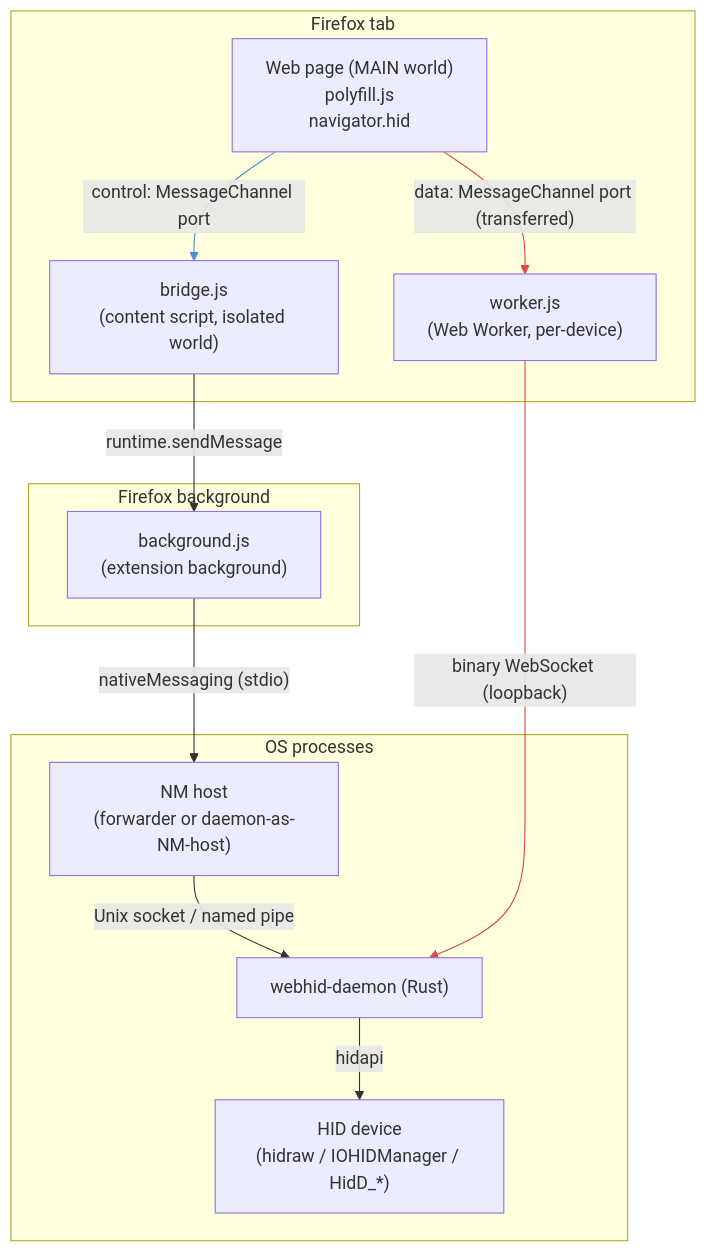
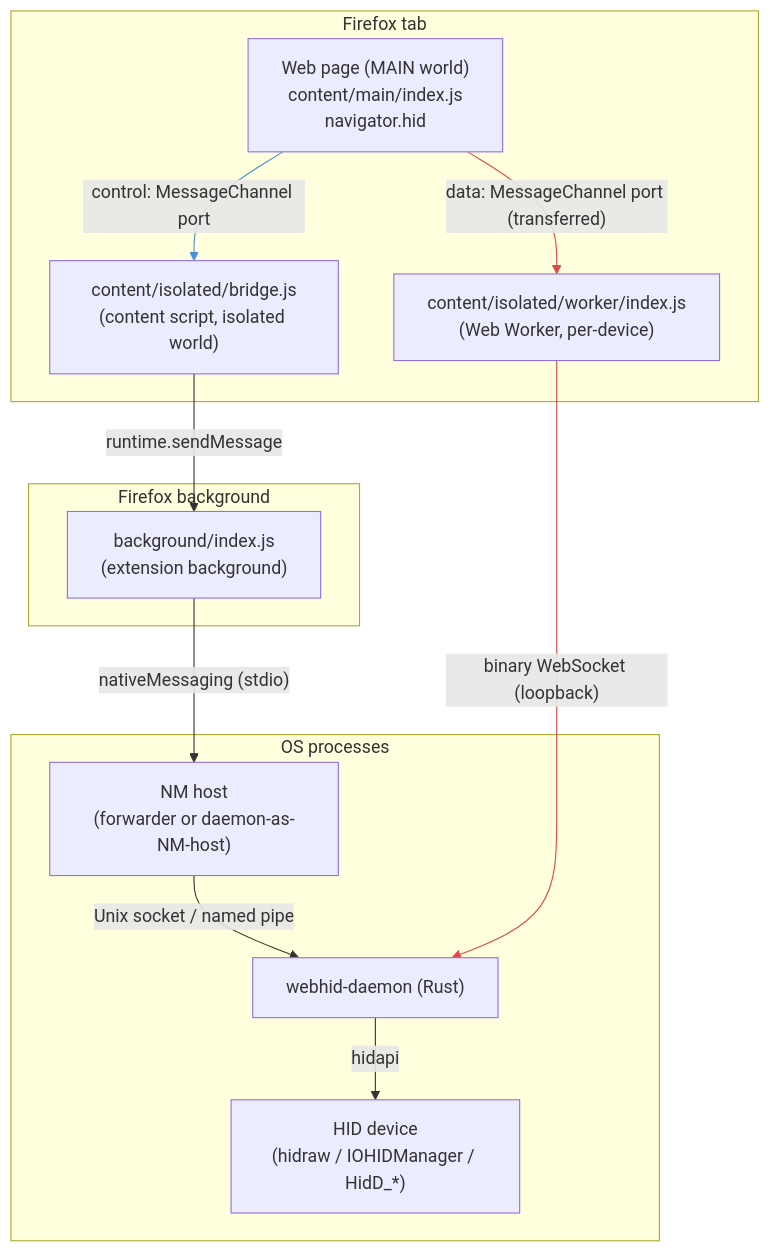
The first of 9 diagrams in docs/ARCHITECTURE.md (K4zoku/FF-WebHID), drawn with Mermaid before and after one commit. The commit also changed other lines of this file and 3 other files, not shown here.

````diff
--- a/docs/ARCHITECTURE.md
+++ b/docs/ARCHITECTURE.md
@@ -5,30 +5,30 @@
 ```mermaid
 graph TB
     subgraph "Firefox tab"
-        Page["Web page (MAIN world)<br/>polyfill.js<br/>navigator.hid"]
-        Bridge["bridge.js<br/>(content script, isolated world)"]
-        Worker["worker.js<br/>(Web Worker, per-device)"]
+        Page["Web page (MAIN world)<br/>content/main/index.js<br/>navigator.hid"]
+        Bridge["content/isolated/bridge.js<br/>(content script, isolated world)"]
+        Worker["content/isolated/worker/index.js<br/>(Web Worker, per-device)"]
     end
 
     subgraph "Firefox background"
-        BG["background.js<br/>(extension background)"]
+        BG["background/index.js<br/>(extension background)"]
     end
 
     subgraph "OS processes"
         NM["NM host<br/>(forwarder or daemon-as-NM-host)"]
         Daemon["webhid-daemon (Rust)"]
         HID["HID device<br/>(hidraw / IOHIDManager / HidD_*)"]
     end
 
     Page -- "control: MessageChannel port" --> Bridge
     Page -- "data: MessageChannel port (transferred)" --> Worker
     Bridge -- "runtime.sendMessage" --> BG
     BG -- "nativeMessaging (stdio)" --> NM
     NM -- "Unix socket / named pipe" --> Daemon
     Worker -- "binary WebSocket (loopback)" --> Daemon
     Daemon -- "hidapi" --> HID
 
     linkStyle 0 stroke:#4a90d9
     linkStyle 1 stroke:#d94a4a
     linkStyle 5 stroke:#d94a4a
 ```
````
